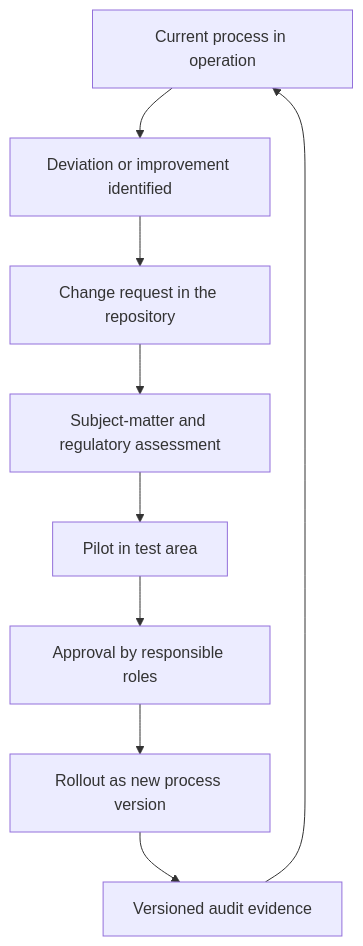
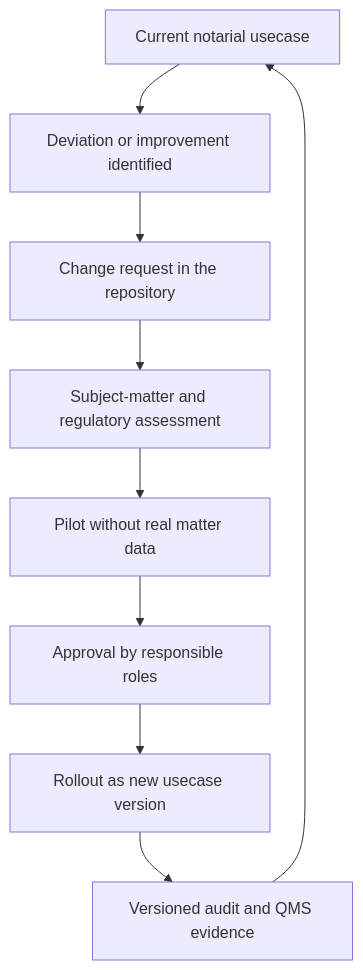
Before and after one commit to notariat8/NaC: the diagram in docs/en/fachanwender-guide.md, drawn with Mermaid. The commit also changed other lines of this file and 175 other files, not shown here.

````diff
--- a/docs/en/fachanwender-guide.md
+++ b/docs/en/fachanwender-guide.md
@@ -121,11 +113,11 @@
 ```mermaid
 flowchart TD
-    CurrentProcess["Current process in operation"] --> Observation["Deviation or improvement identified"]
+    CurrentUsecase["Current notarial usecase"] --> Observation["Deviation or improvement identified"]
     Observation --> ChangeRequest["Change request in the repository"]
     ChangeRequest --> Assessment["Subject-matter and regulatory assessment"]
-    Assessment --> Pilot["Pilot in test area"]
+    Assessment --> Pilot["Pilot without real matter data"]
     Pilot --> Approval["Approval by responsible roles"]
-    Approval --> Rollout["Rollout as new process version"]
-    Rollout --> Evidence["Versioned audit evidence"]
-    Evidence --> CurrentProcess
+    Approval --> Rollout["Rollout as new usecase version"]
+    Rollout --> Evidence["Versioned audit and QMS evidence"]
+    Evidence --> CurrentUsecase
 ```
````
